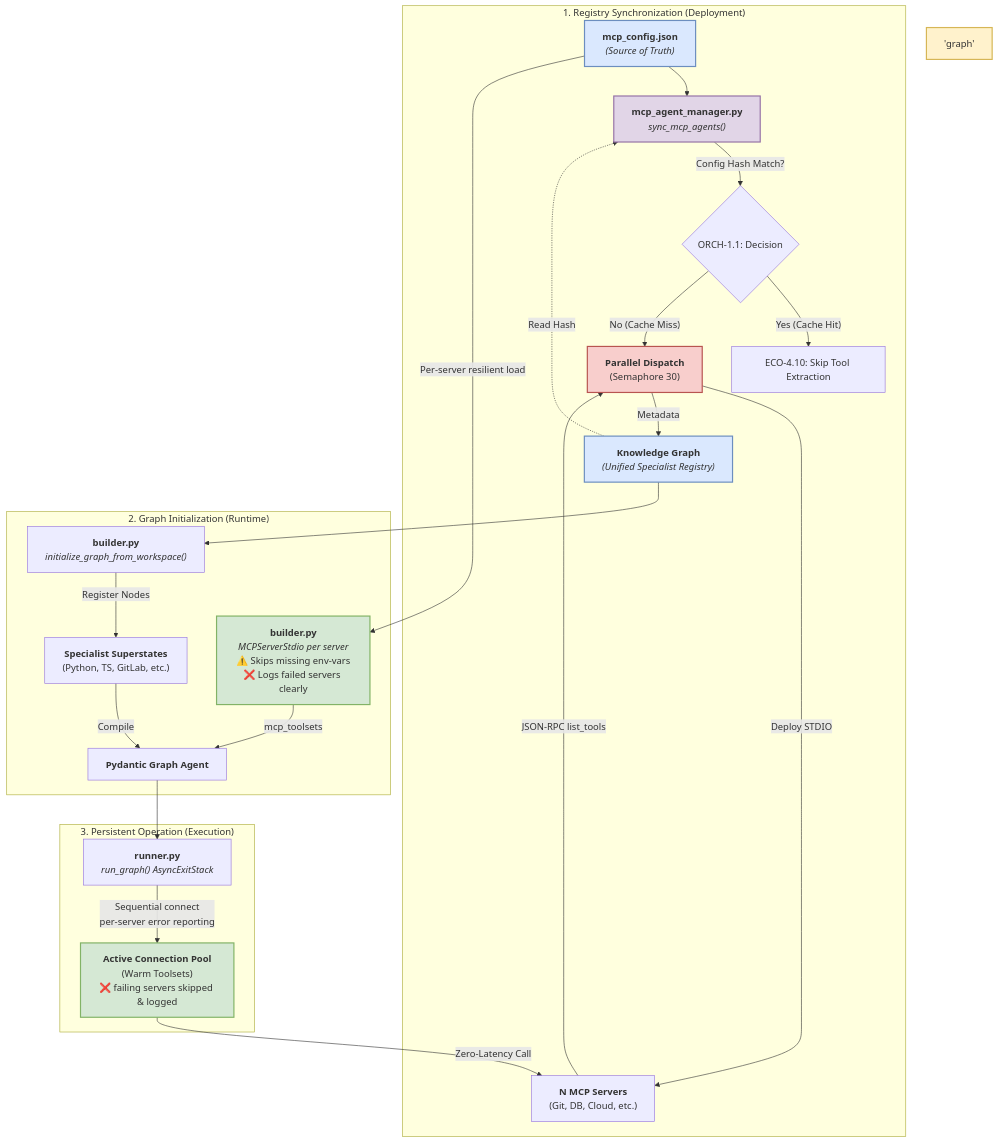
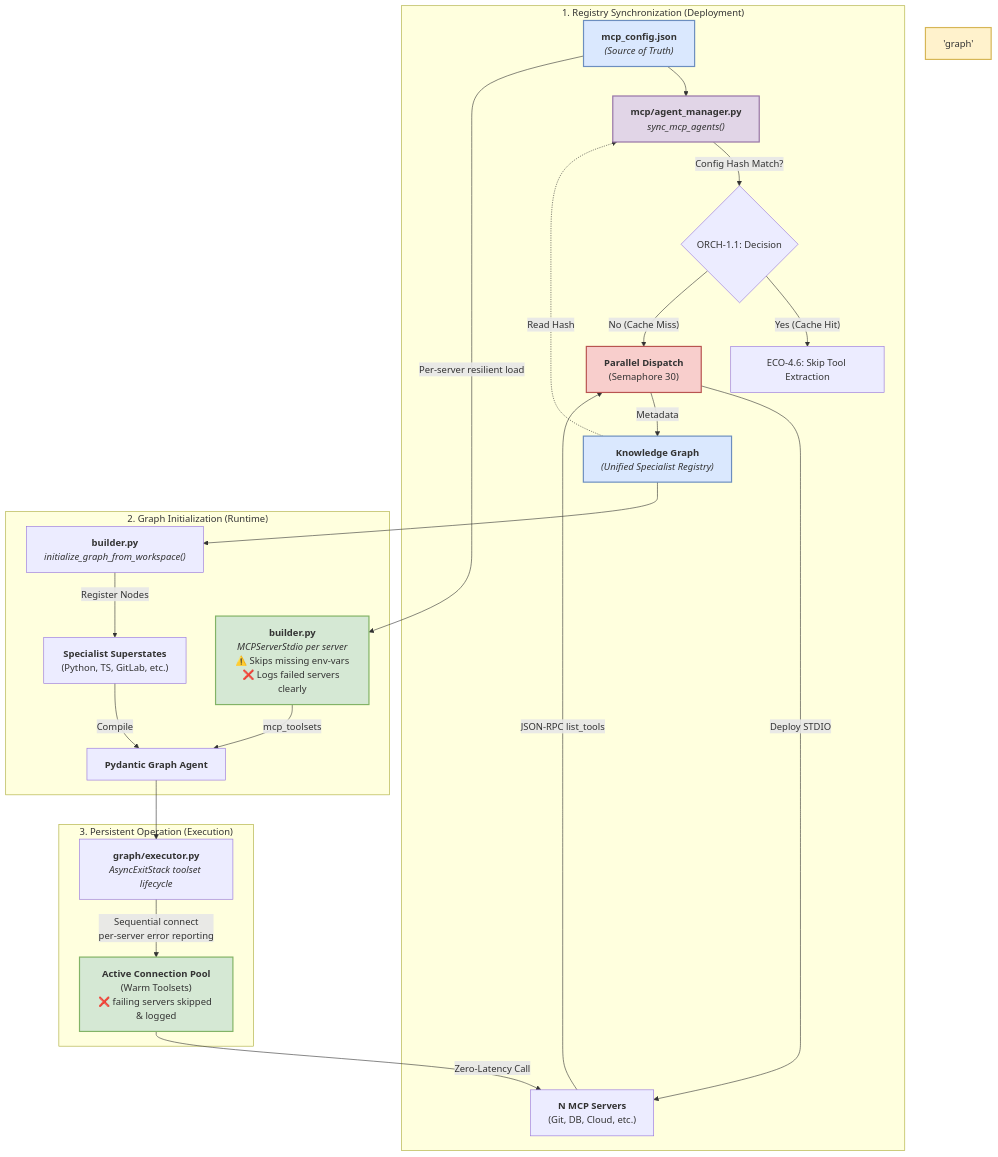
Before and after one commit to Knuckles-Team/agent-utilities: the second of 2 diagrams in docs/pillars/4_ecosystem_peripherals.md, drawn with Mermaid. The commit also changed other lines of this file and 556 other files, not shown here.

````diff
--- a/docs/pillars/4_ecosystem_peripherals.md
+++ b/docs/pillars/4_ecosystem_peripherals.md
@@ -183,38 +183,38 @@
 ```mermaid
 graph TD
     subgraph Registry_Phase ["1. Registry Synchronization (Deployment)"]
-        Config["<b>mcp_config.json</b><br/><i>(Source of Truth)</i>"] --> Manager["<b>mcp_agent_manager.py</b><br/><i>sync_mcp_agents()</i>"]
+        Config["<b>mcp_config.json</b><br/><i>(Source of Truth)</i>"] --> Manager["<b>mcp/agent_manager.py</b><br/><i>sync_mcp_agents()</i>"]
         KG_Registry["<b>Knowledge Graph</b><br/><i>(Unified Specialist Registry)</i>"] -.->|Read Hash| Manager
 
         Manager -->|Config Hash Match?| Branch{ORCH-1.1: Decision}
-        Branch -- "Yes (Cache Hit)" --> Skip["ECO-4.10: Skip Tool Extraction"]
+        Branch -- "Yes (Cache Hit)" --> Skip["ECO-4.6: Skip Tool Extraction"]
         Branch -- "No (Cache Miss)" --> Parallel["<b>Parallel Dispatch</b><br/>(Semaphore 30)"]
 
         Parallel -->|Deploy STDIO| Servers["<b>N MCP Servers</b><br/>(Git, DB, Cloud, etc.)"]
         Servers -->|JSON-RPC list_tools| Parallel
         Parallel -->|Metadata| KG_Registry
     end
 
     subgraph Initialization_Phase ["2. Graph Initialization (Runtime)"]
         Config -->|Per-server resilient load| Loader["<b>builder.py</b><br/><i>MCPServerStdio per server</i><br/>⚠️ Skips missing env-vars<br/>❌ Logs failed servers clearly"]
         KG_Registry --> Builder["<b>builder.py</b><br/><i>initialize_graph_from_workspace()</i>"]
         Loader -->|mcp_toolsets| graphNode
         Builder -->|Register Nodes| Specialists["<b>Specialist Superstates</b><br/>(Python, TS, GitLab, etc.)"]
         Specialists -->|Compile| graphNode["<b>Pydantic Graph Agent</b>"]
     end
 
     subgraph Operation_Phase ["3. Persistent Operation (Execution)"]
-        graphNode --> Lifespan["<b>runner.py</b><br/><i>run_graph() AsyncExitStack</i>"]
+        graphNode --> Lifespan["<b>graph/executor.py</b><br/><i>AsyncExitStack toolset lifecycle</i>"]
         Lifespan -->|"Sequential connect<br/>per-server error reporting"| ConnPool["<b>Active Connection Pool</b><br/>(Warm Toolsets)<br/>❌ failing servers skipped & logged"]
         ConnPool -->|Zero-Latency Call| Servers
     end
 
     %% Styling
     style Config fill:#dae8fe,stroke:#6c8ebf,stroke-width:2px
     style KG_Registry fill:#dae8fe,stroke:#6c8ebf,stroke-width:2px
     style Manager fill:#e1d5e7,stroke:#9673a6,stroke-width:2px
     style Parallel fill:#f8cecc,stroke:#b85450,stroke-width:2px
     style ConnPool fill:#d5e8d4,stroke:#82b366,stroke-width:2px
     style 'graph' fill:#fff2cc,stroke:#d6b656,stroke-width:2px
     style Loader fill:#d5e8d4,stroke:#82b366,stroke-width:2px
 ```
````
